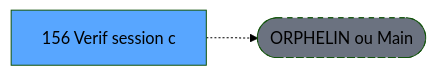
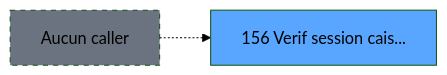
The second of 3 diagrams in .openspec/specs/ADH-IDE-156.md (thonyAGP/magic-migration), drawn with Mermaid (forest theme) before and after one commit. The commit also changed other lines of this file and 311 other files, not shown here.

````diff
--- a/.openspec/specs/ADH-IDE-156.md
+++ b/.openspec/specs/ADH-IDE-156.md
@@ -121,8 +181,8 @@
 ```mermaid
 graph LR
-    T[156 Verif session c]
-    ORPHAN([ORPHELIN ou Main])
-    T -.-> ORPHAN
-    style T fill:#58a6ff,color:#000
-    style ORPHAN fill:#6b7280,stroke-dasharray: 5 5
+    T156[156 Verif session cais...]
+    style T156 fill:#58a6ff
+    NONE[Aucun caller]
+    NONE -.-> T156
+    style NONE fill:#6b7280,stroke-dasharray: 5 5
 ```
````
